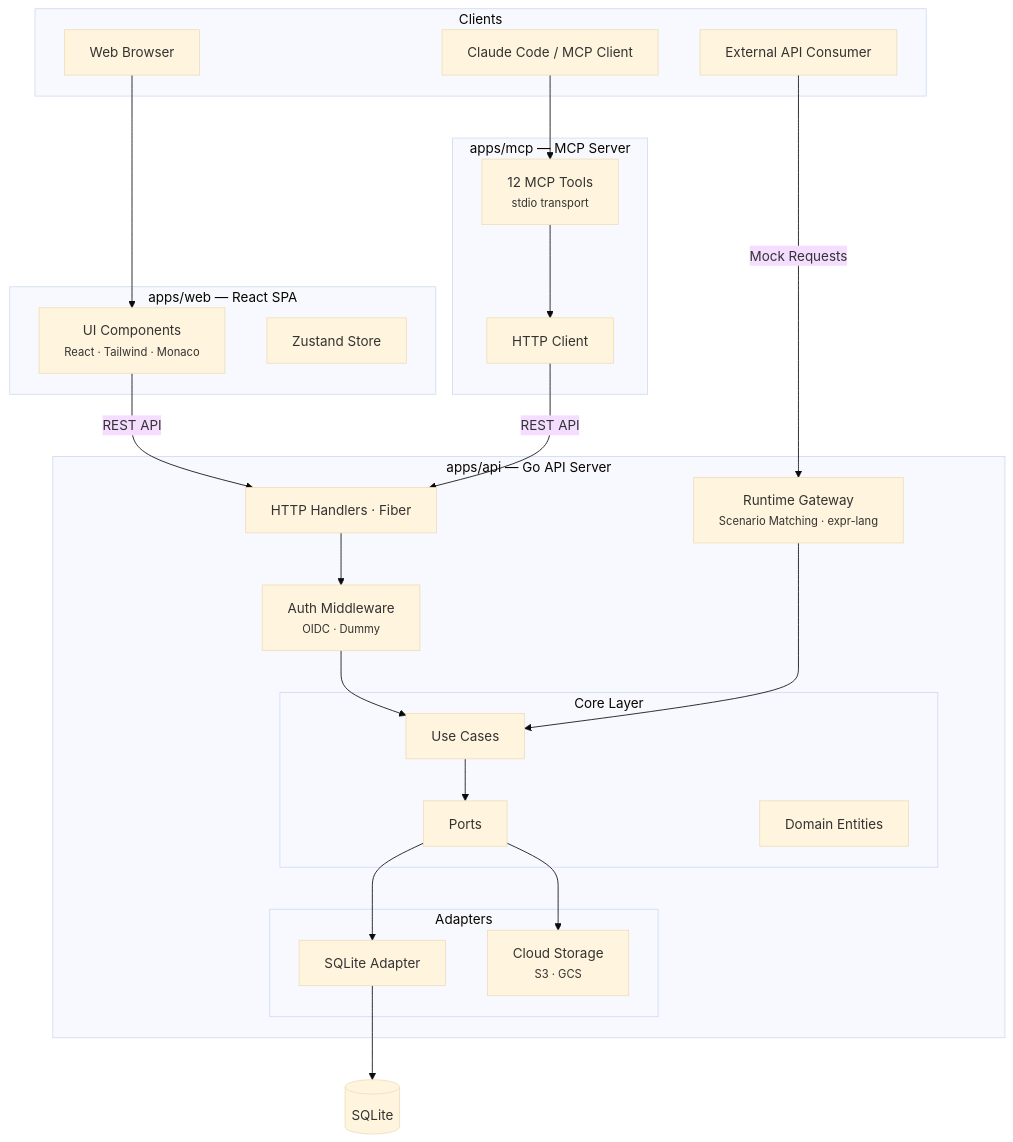
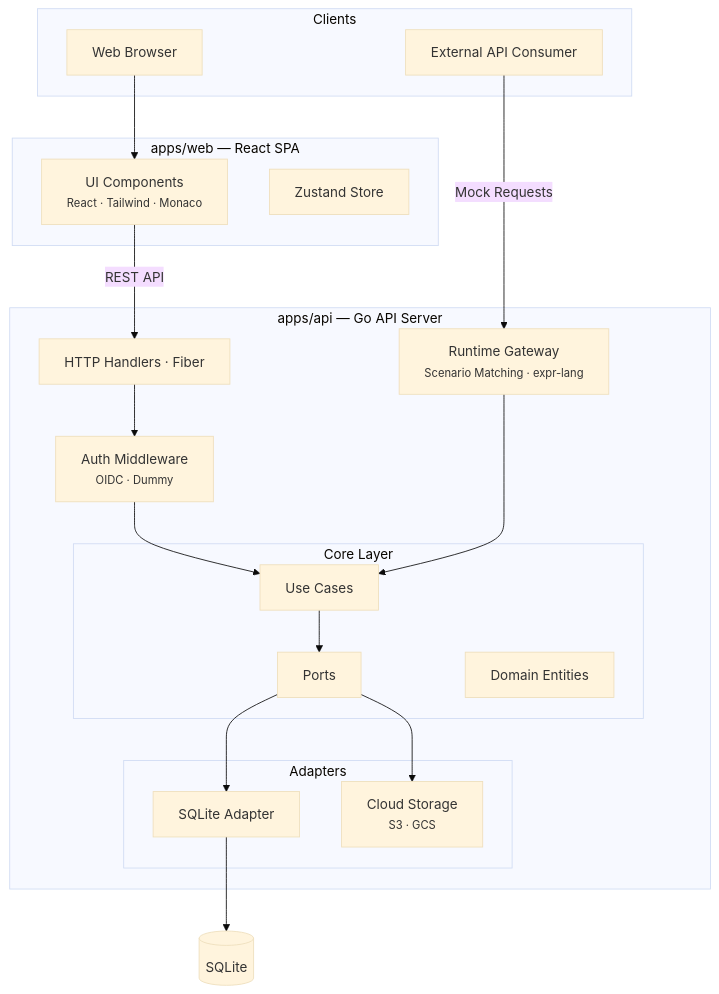
Before and after one commit to rendis/mock-loom: the first of 2 diagrams in README.md, drawn with Mermaid (base theme). The commit also changed other lines of this file and 25 other files, not shown here.

````diff
--- a/README.md
+++ b/README.md
@@ -81,46 +81,37 @@
 ```mermaid
 graph TB
     subgraph Clients
         Browser["Web Browser"]
-        CLI["Claude Code / MCP Client"]
         ExtAPI["External API Consumer"]
     end
 
     subgraph Web["apps/web — React SPA"]
         UI["UI Components<br/><small>React · Tailwind · Monaco</small>"]
         Store["Zustand Store"]
-    end
-
-    subgraph MCP["apps/mcp — MCP Server"]
-        Tools["12 MCP Tools<br/><small>stdio transport</small>"]
-        HTTPClient["HTTP Client"]
     end
 
     subgraph API["apps/api — Go API Server"]
         Handlers["HTTP Handlers · Fiber"]
         Middleware["Auth Middleware<br/><small>OIDC · Dummy</small>"]
         subgraph Core["Core Layer"]
             Usecases["Use Cases"]
             Ports["Ports"]
             Entities["Domain Entities"]
         end
         subgraph Adapters
             SQLiteAdapter["SQLite Adapter"]
             CloudAdapter["Cloud Storage<br/><small>S3 · GCS</small>"]
         end
         Runtime["Runtime Gateway<br/><small>Scenario Matching · expr-lang</small>"]
     end
 
     DB[("SQLite")]
 
     Browser --> UI
     UI -- "REST API" --> Handlers
-    CLI --> Tools
-    Tools --> HTTPClient
-    HTTPClient -- "REST API" --> Handlers
     ExtAPI -- "Mock Requests" --> Runtime
     Handlers --> Middleware --> Usecases --> Ports
     Ports --> SQLiteAdapter --> DB
     Ports --> CloudAdapter
     Runtime --> Usecases
 ```
````
